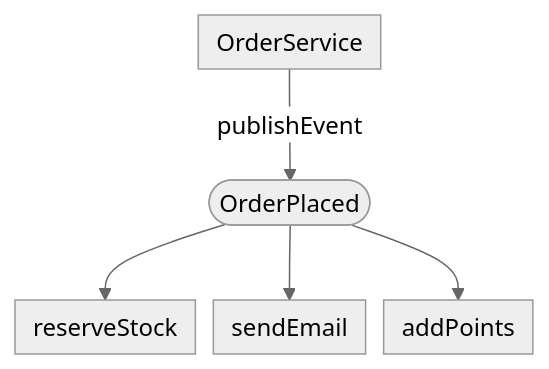
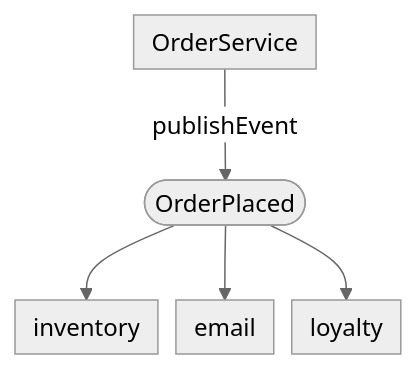
One commit to mimi146/blog changed the first of 3 diagrams in src/content/blog/10-backend-design-patterns-in-java.md. Above: the diagram before and after it, drawn with Mermaid (neutral theme). The commit also changed other lines of this file, not shown here.

````diff
--- a/src/content/blog/10-backend-design-patterns-in-java.md
+++ b/src/content/blog/10-backend-design-patterns-in-java.md
@@ -271,10 +273,10 @@
 ```mermaid
 %%{init: {"flowchart": {"nodeSpacing": 12, "padding": 6, "diagramPadding": 4}}}%%
 flowchart TB
   accTitle: Observer flow for an order event
-  accDescr: OrderService publishes one OrderPlaced event. Spring delivers it to three independent listeners that reserve stock, send an email and add loyalty points. OrderService does not know about any of them.
+  accDescr: OrderService publishes one OrderPlaced event. Spring delivers it to three independent listeners for inventory, email and loyalty points. OrderService does not know about any of them.
   S["OrderService"] -->|"publishEvent"| E(["OrderPlaced"])
-  E --> L1["reserveStock"]
-  E --> L2["sendEmail"]
-  E --> L3["addPoints"]
+  E --> L1["inventory"]
+  E --> L2["email"]
+  E --> L3["loyalty"]
 ```
````
